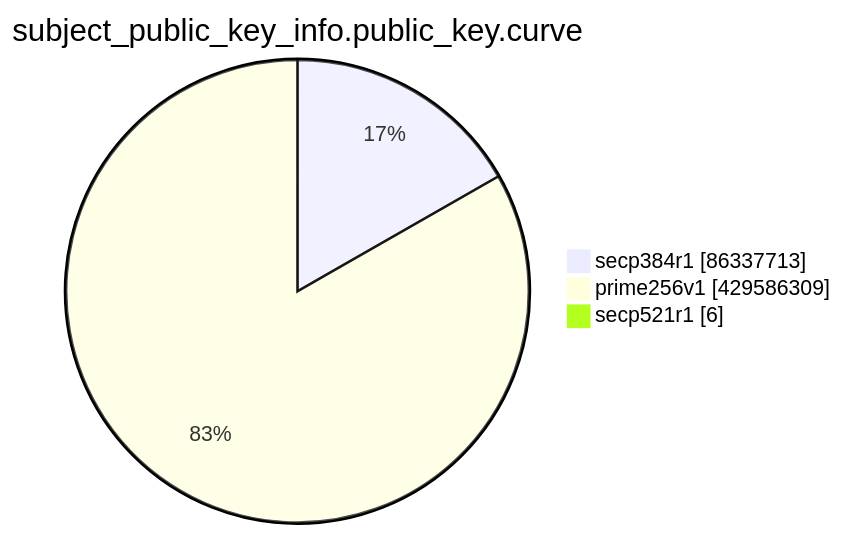
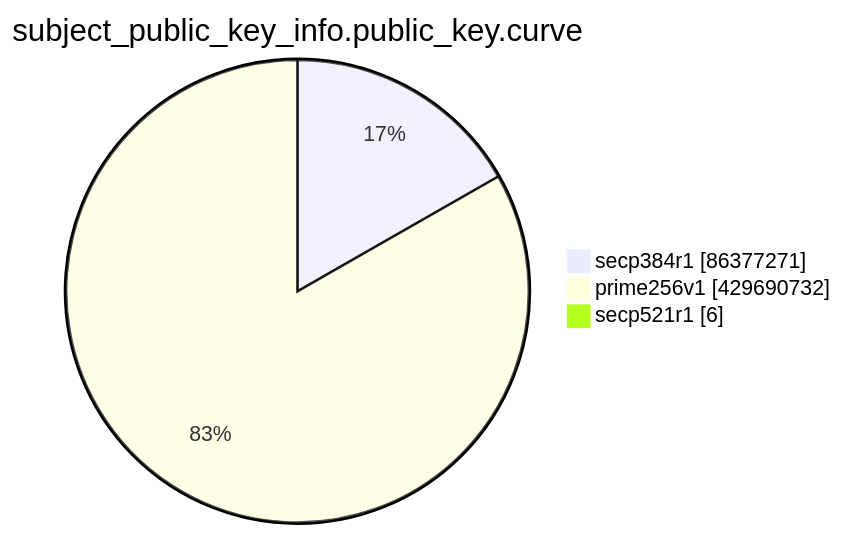
The eighth of 15 diagrams in TOTAL/README.md (christiankrug/ctmonitor_visualization), drawn with Mermaid before and after one commit. The commit also changed other lines of this file, not shown here.

````diff
--- a/TOTAL/README.md
+++ b/TOTAL/README.md
@@ -3100,7 +3100,7 @@
 ```mermaid
 pie showData
 title subject_public_key_info.public_key.curve
-"secp384r1" :86337713
-"prime256v1" :429586309
+"secp384r1" :86377271
+"prime256v1" :429690732
 "secp521r1" :6
 ```
````
